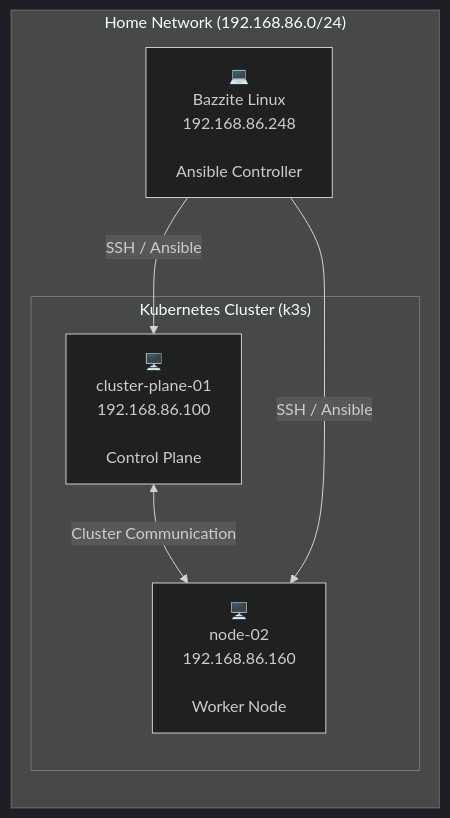
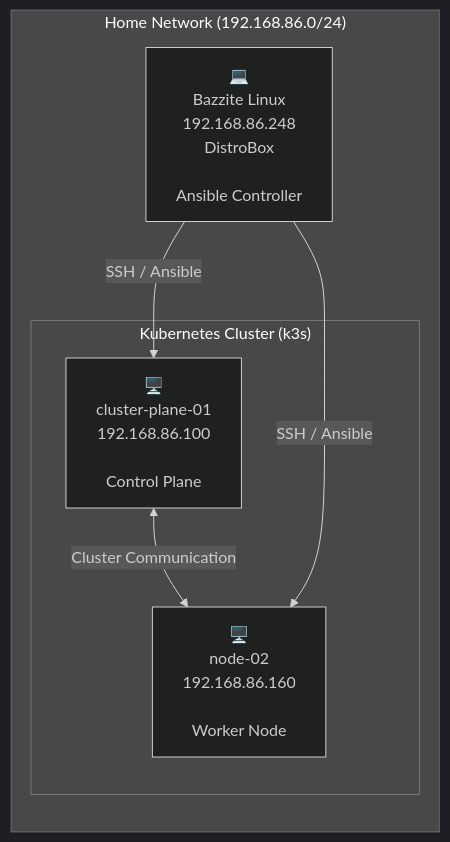
The diagram in docs/architecture.md (KentThylstrupAdel/HomeLab), drawn with Mermaid (dark theme) before and after one commit.

Commit message:
Update architecture documentation with new entries

````diff
--- a/docs/architecture.md
+++ b/docs/architecture.md
@@ -19,33 +19,34 @@
 ```mermaid
 flowchart LR
 
     subgraph LAN["Home Network (192.168.86.0/24)"]
 
         BZ["💻
 Bazzite Linux
 192.168.86.248
+DistroBox
 
 Ansible Controller"]
 
         subgraph K3S["Kubernetes Cluster (k3s)"]
 
             CP["🖥️
 cluster-plane-01
 192.168.86.100
 
 Control Plane"]
 
             N2["🖥️
 node-02
 192.168.86.160
 
 Worker Node"]
 
             CP <-->|Cluster Communication| N2
         end
 
         BZ -->|SSH / Ansible| CP
         BZ -->|SSH / Ansible| N2
 
     end
 ```
````
